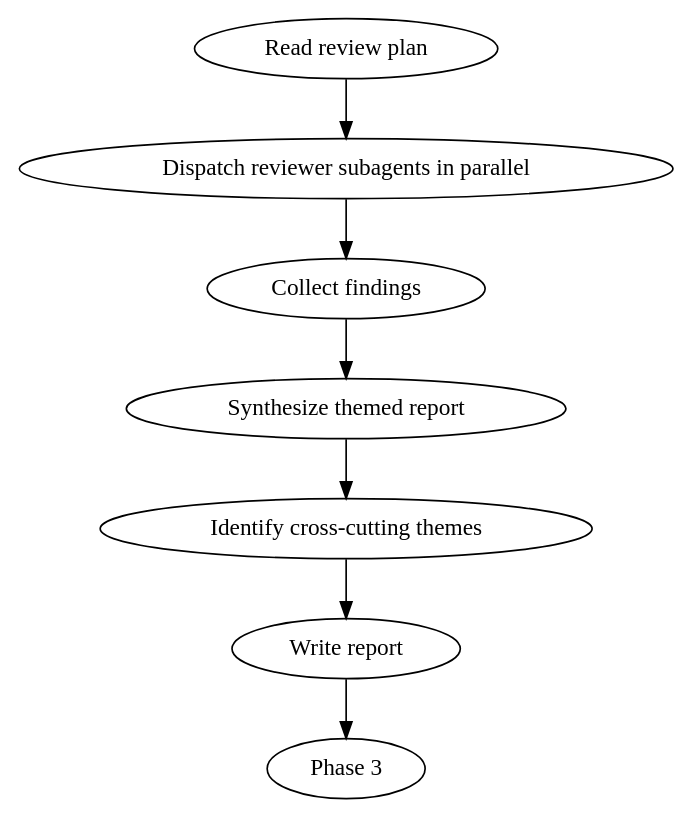
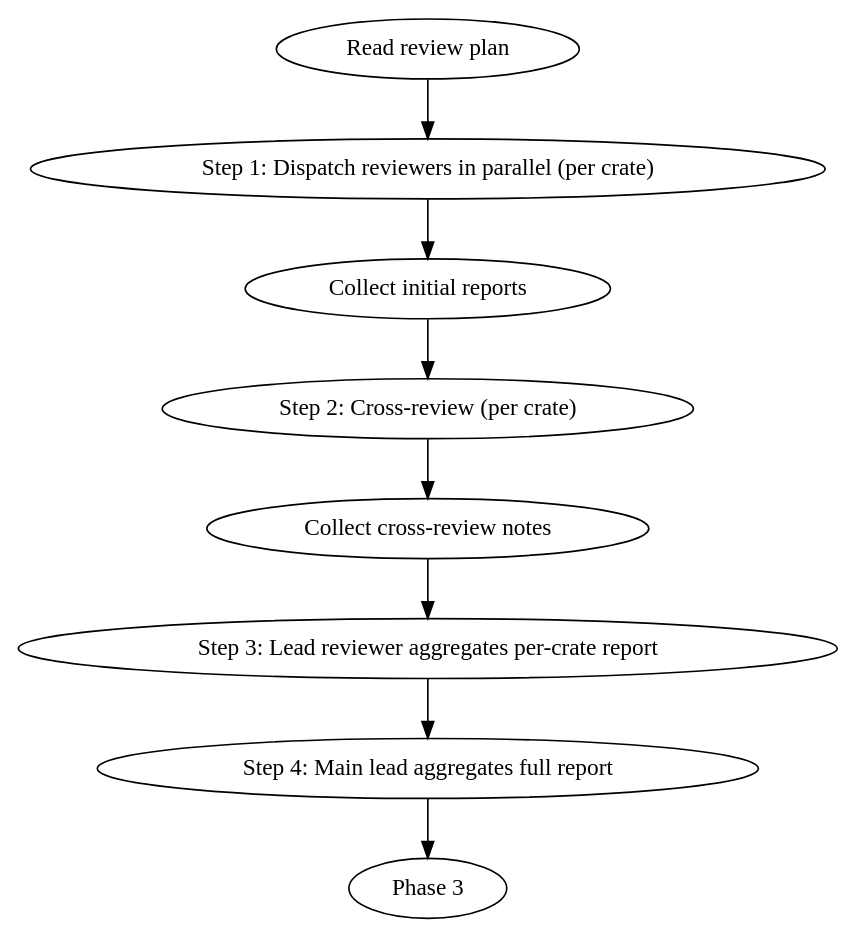
The second of 3 diagrams in skills/triage-review/SKILL.md (QuEraComputing/kirin), drawn with Graphviz before and after one commit. The commit also changed other lines of this file and 25 other files, not shown here.

````diff
--- a/skills/triage-review/SKILL.md
+++ b/skills/triage-review/SKILL.md
@@ -102,10 +94,11 @@
 ```dot
 digraph phase2 {
-    "Read review plan" -> "Dispatch reviewer subagents in parallel";
-    "Dispatch reviewer subagents in parallel" -> "Collect findings";
-    "Collect findings" -> "Synthesize themed report";
-    "Synthesize themed report" -> "Identify cross-cutting themes";
-    "Identify cross-cutting themes" -> "Write report";
-    "Write report" -> "Phase 3";
+    "Read review plan" -> "Step 1: Dispatch reviewers in parallel (per crate)";
+    "Step 1: Dispatch reviewers in parallel (per crate)" -> "Collect initial reports";
+    "Collect initial reports" -> "Step 2: Cross-review (per crate)";
+    "Step 2: Cross-review (per crate)" -> "Collect cross-review notes";
+    "Collect cross-review notes" -> "Step 3: Lead reviewer aggregates per-crate report";
+    "Step 3: Lead reviewer aggregates per-crate report" -> "Step 4: Main lead aggregates full report";
+    "Step 4: Main lead aggregates full report" -> "Phase 3";
 }
 ```
````
